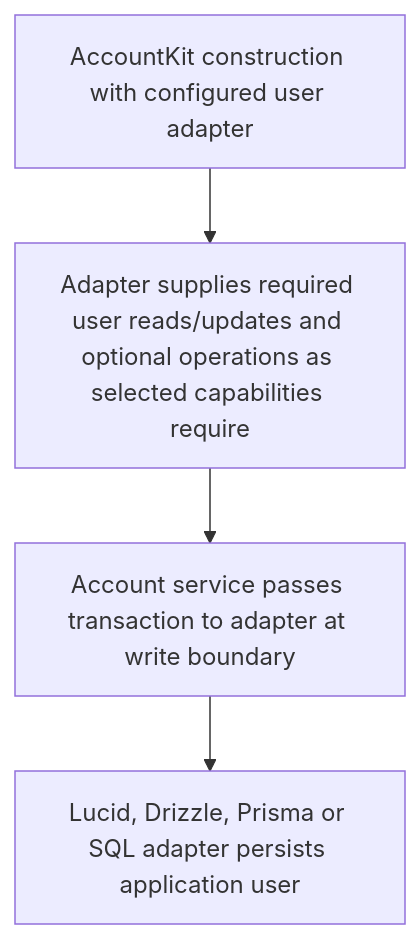
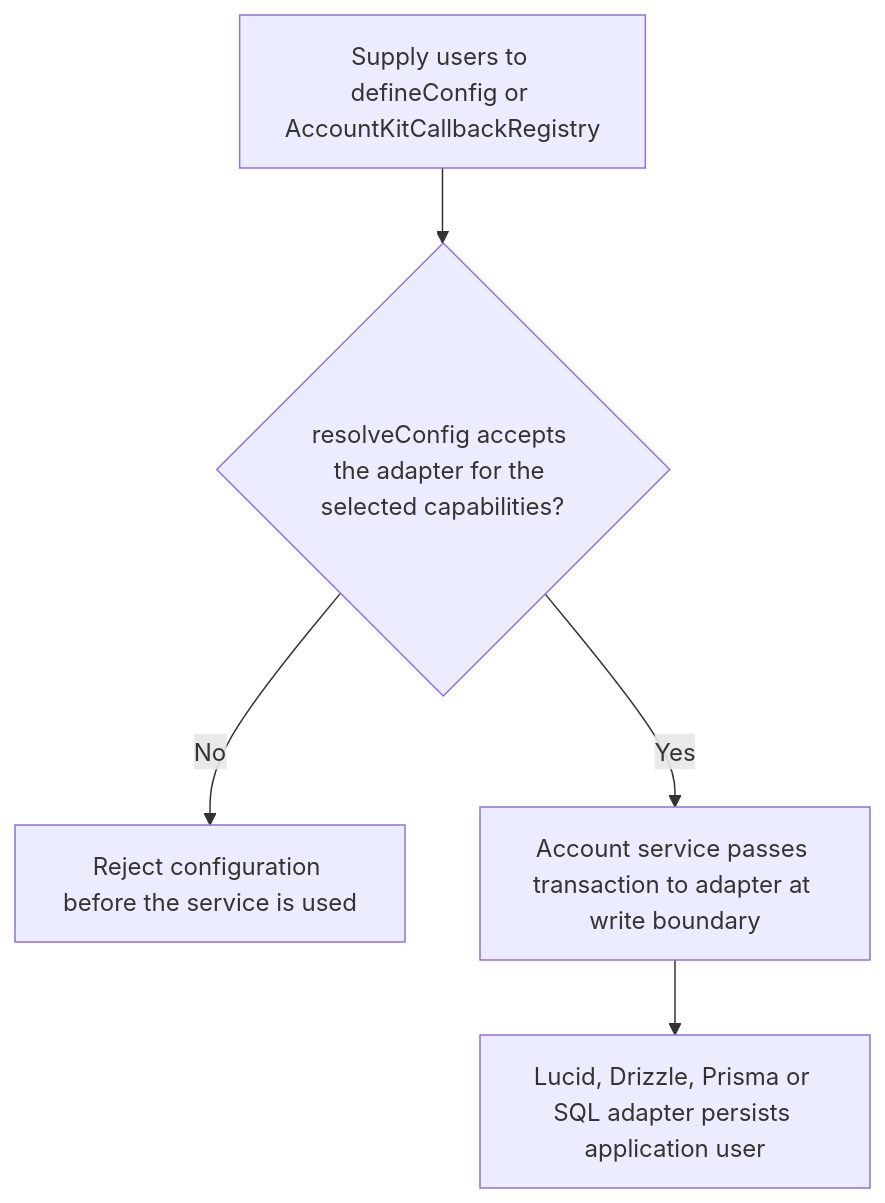
Before and after one commit to Kevinjohn/oss-adonisjs-account-kit: the second of 2 diagrams in user-stories/US-ACCOUNT-34-choose-user-adapter.md, drawn with Mermaid. The commit also changed other lines of this file and 70 other files, not shown here.

Commit message:
Refresh the Account Kit user story catalogue for 0.6.0

````diff
--- a/user-stories/US-ACCOUNT-34-choose-user-adapter.md
+++ b/user-stories/US-ACCOUNT-34-choose-user-adapter.md
@@ -31,6 +31,7 @@
 ```mermaid
 flowchart TD
- A["AccountKit construction with configured user adapter"] --> B["Adapter supplies required user reads/updates and optional operations as selected capabilities require"]
- B --> C["Account service passes transaction to adapter at write boundary"]
+ A["Supply users to defineConfig or AccountKitCallbackRegistry"] --> B{"resolveConfig accepts the adapter for the selected capabilities?"}
+ B -->|No| X["Reject configuration before the service is used"]
+ B -->|Yes| C["Account service passes transaction to adapter at write boundary"]
  C --> D["Lucid, Drizzle, Prisma or SQL adapter persists application user"]
 ```
````
